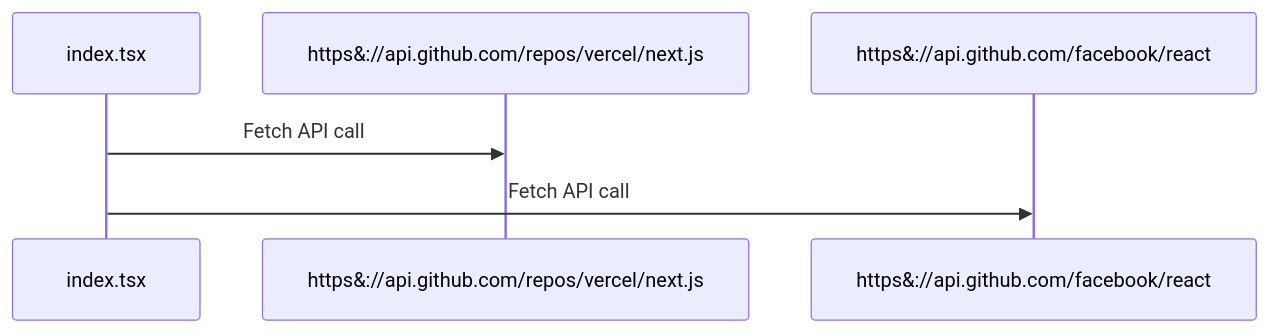
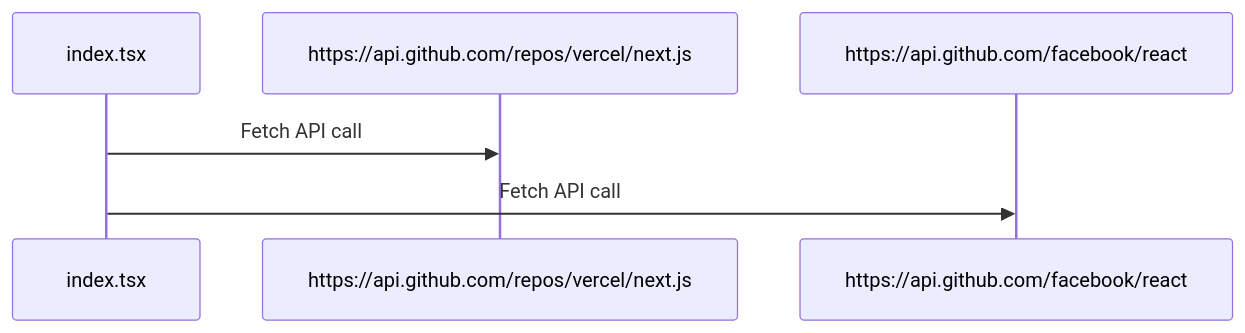
Before and after one commit to Gonzalo8642/code-structure-visualizer: the first of 2 diagrams in README.md, drawn with Mermaid. The commit also changed other lines of this file and 2 other files, not shown here.

Commit message:
remove ampersand

````diff
--- a/README.md
+++ b/README.md
@@ -19,7 +21,7 @@
 ```mermaid
 sequenceDiagram
   /index.tsx->>"https_//api.github.com/repos/vercel/next.js": Fetch API call
-  participant "https_//api.github.com/repos/vercel/next.js" as https&#58;//api.github.com/repos/vercel/next.js
+  participant "https_//api.github.com/repos/vercel/next.js" as https#58;//api.github.com/repos/vercel/next.js
   /index.tsx->>"https_//api.github.com/facebook/react": Fetch API call
-  participant "https_//api.github.com/facebook/react" as https&#58;//api.github.com/facebook/react
+  participant "https_//api.github.com/facebook/react" as https#58;//api.github.com/facebook/react
 ```
````
